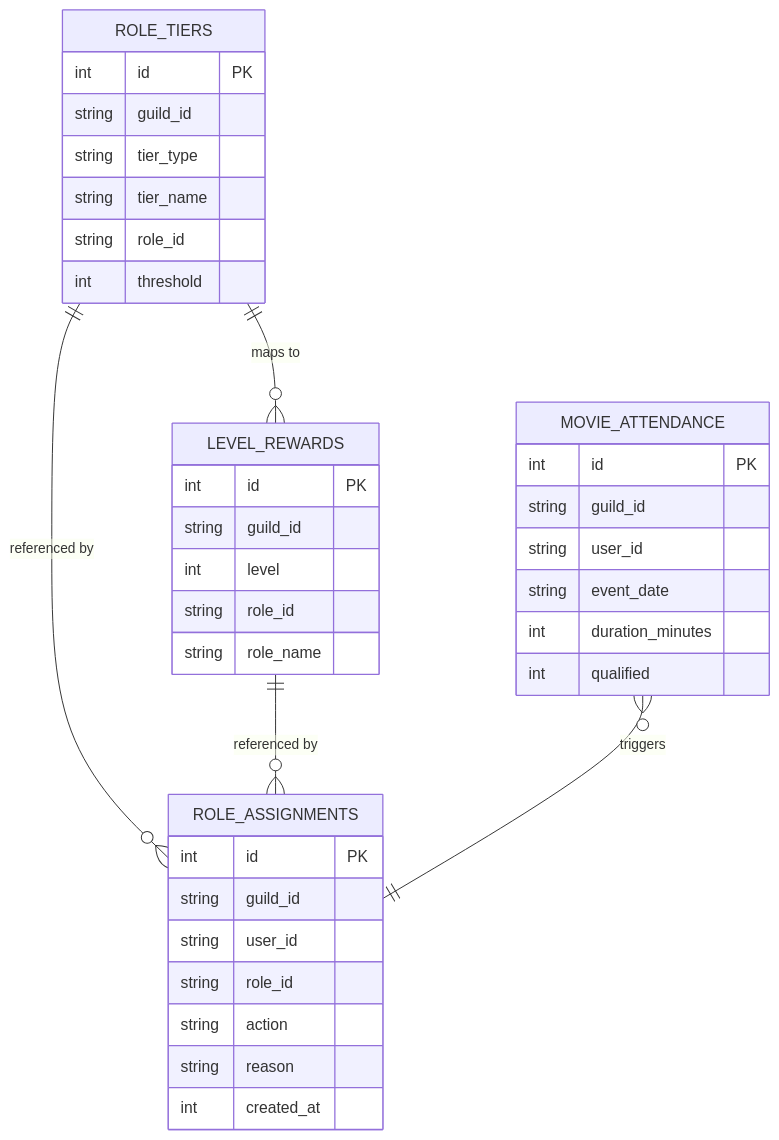
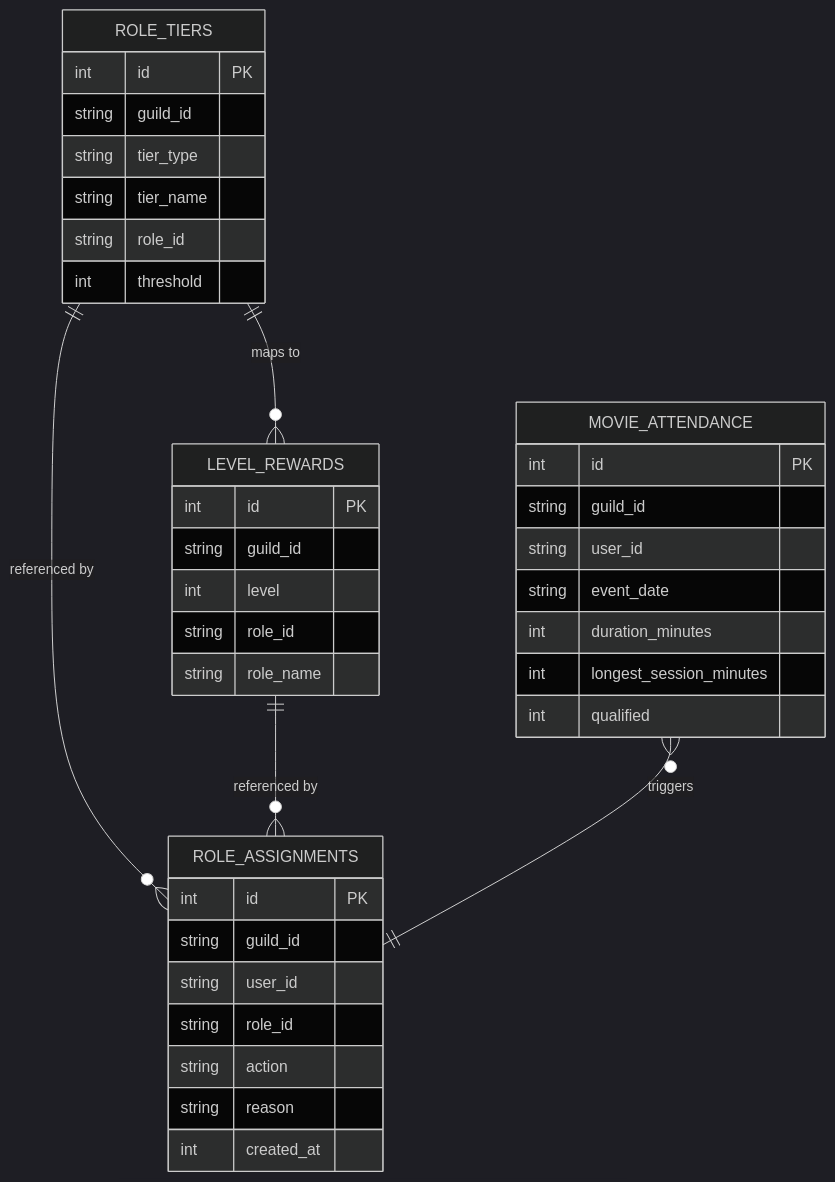
Before and after one commit to watchthelight/pawtech-v2: the second of 9 diagrams in docs/roadmap/ROLE_AUTOMATION_PLAN.md, drawn with Mermaid. The commit also changed other lines of this file, not shown here.

Commit message:
Chart visibility updates

````diff
--- a/docs/roadmap/ROLE_AUTOMATION_PLAN.md
+++ b/docs/roadmap/ROLE_AUTOMATION_PLAN.md
@@ -89,40 +95,42 @@
 ```mermaid
+%%{init: {'theme':'dark', 'themeVariables': { 'fontSize':'16px'}}}%%
 erDiagram
     ROLE_TIERS ||--o{ LEVEL_REWARDS : "maps to"
     ROLE_TIERS {
         int id PK
         string guild_id
         string tier_type
         string tier_name
         string role_id
         int threshold
     }
     LEVEL_REWARDS {
         int id PK
         string guild_id
         int level
         string role_id
         string role_name
     }
     ROLE_ASSIGNMENTS {
         int id PK
         string guild_id
         string user_id
         string role_id
         string action
         string reason
         int created_at
     }
     MOVIE_ATTENDANCE {
         int id PK
         string guild_id
         string user_id
         string event_date
         int duration_minutes
+        int longest_session_minutes
         int qualified
     }
 
     ROLE_TIERS ||--o{ ROLE_ASSIGNMENTS : "referenced by"
     LEVEL_REWARDS ||--o{ ROLE_ASSIGNMENTS : "referenced by"
     MOVIE_ATTENDANCE }o--|| ROLE_ASSIGNMENTS : "triggers"
 ```
````
